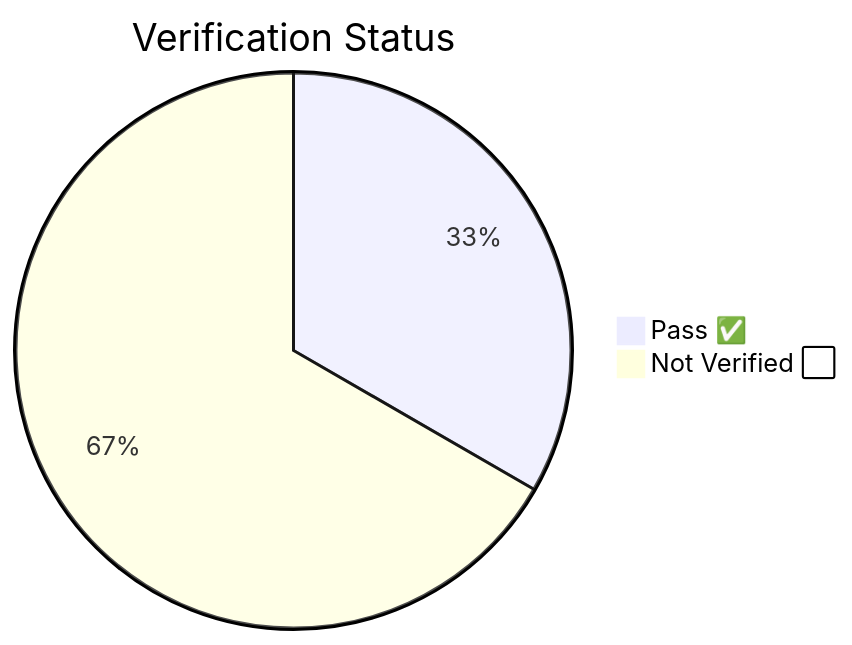
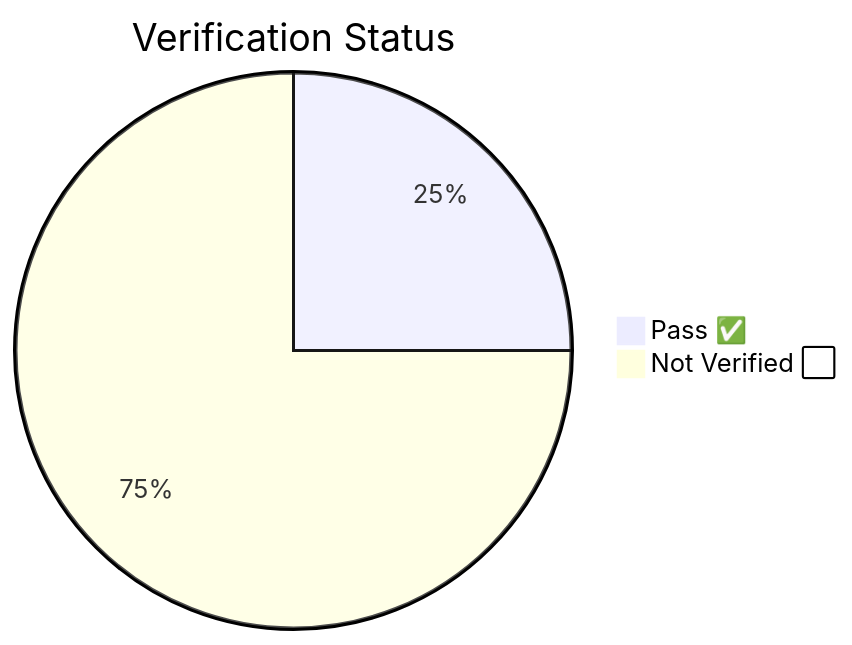
One commit to martonbence/Detection-Engineering changed the first of 3 diagrams in README.md. Above: the diagram before and after it, drawn with Mermaid. The commit also changed other lines of this file and 11 other files, not shown here.

````diff
--- a/README.md
+++ b/README.md
@@ -12,5 +12,5 @@
 ```mermaid
 pie title Verification Status
     "Pass ✅" : 1
-    "Not Verified ⬜" : 2
+    "Not Verified ⬜" : 3
 ```
````
